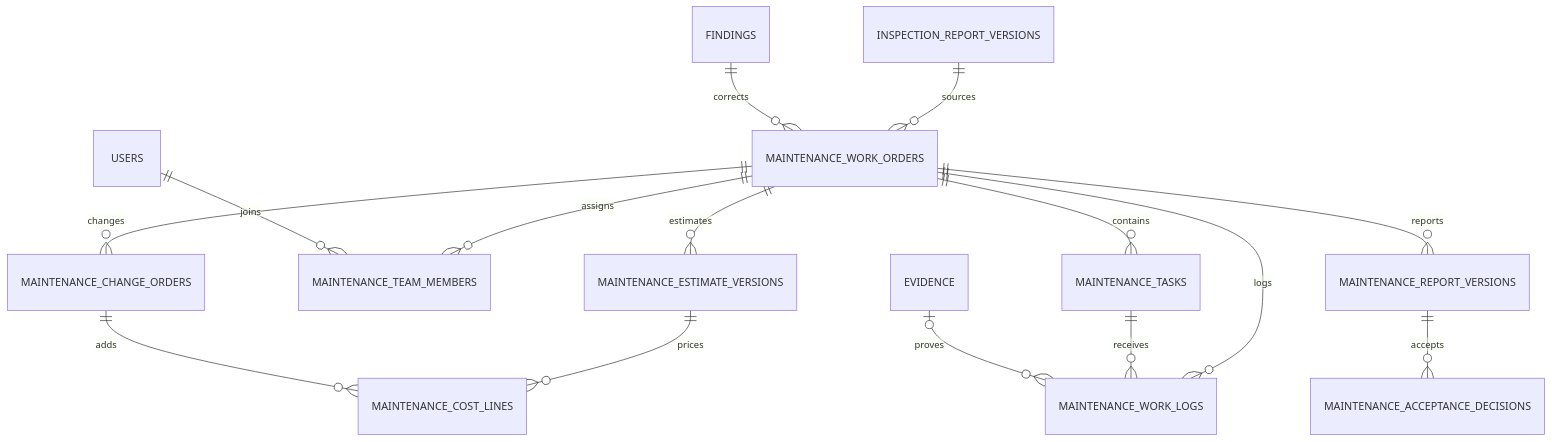
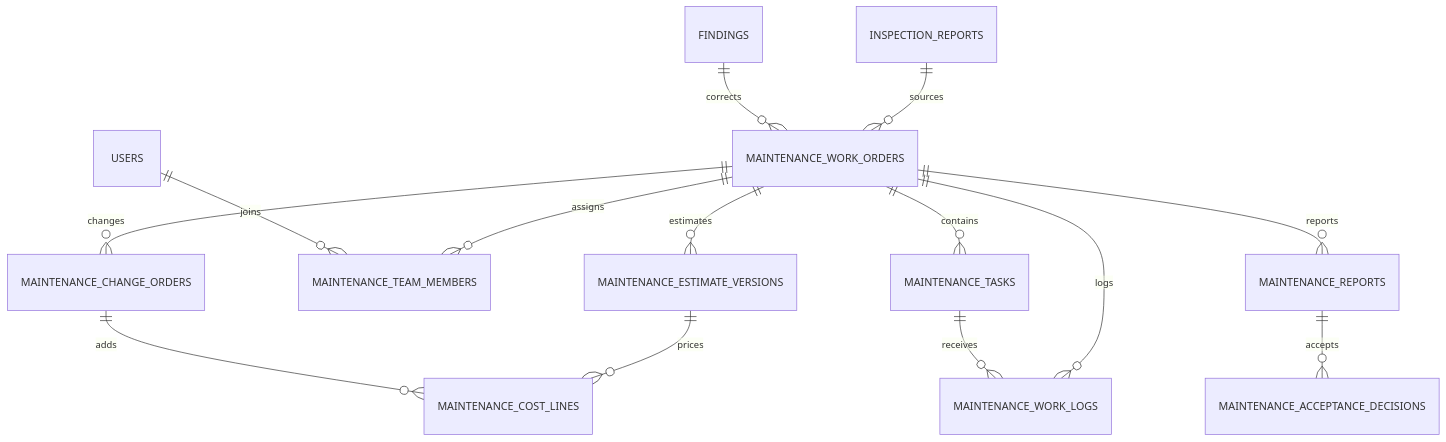
One commit to tungbach12/SmartDroneInspection-Docs changed the third of 3 diagrams in project-reference/database-design.md. Above: the diagram before and after it, drawn with Mermaid. The commit also changed other lines of this file and 3 other files, not shown here.

First line of the commit message:
docs(database): update mf3 tables schema to 13-15-13 columns (#64)

````diff
--- a/project-reference/database-design.md
+++ b/project-reference/database-design.md
@@ -150,17 +145,16 @@
 ```mermaid
 erDiagram
-    INSPECTION_REPORT_VERSIONS ||--o{ MAINTENANCE_WORK_ORDERS : sources
+    INSPECTION_REPORTS ||--o{ MAINTENANCE_WORK_ORDERS : sources
     FINDINGS ||--o{ MAINTENANCE_WORK_ORDERS : corrects
     MAINTENANCE_WORK_ORDERS ||--o{ MAINTENANCE_TASKS : contains
     MAINTENANCE_WORK_ORDERS ||--o{ MAINTENANCE_TEAM_MEMBERS : assigns
     USERS ||--o{ MAINTENANCE_TEAM_MEMBERS : joins
     MAINTENANCE_WORK_ORDERS ||--o{ MAINTENANCE_ESTIMATE_VERSIONS : estimates
     MAINTENANCE_ESTIMATE_VERSIONS ||--o{ MAINTENANCE_COST_LINES : prices
     MAINTENANCE_WORK_ORDERS ||--o{ MAINTENANCE_CHANGE_ORDERS : changes
     MAINTENANCE_CHANGE_ORDERS ||--o{ MAINTENANCE_COST_LINES : adds
     MAINTENANCE_WORK_ORDERS ||--o{ MAINTENANCE_WORK_LOGS : logs
     MAINTENANCE_TASKS ||--o{ MAINTENANCE_WORK_LOGS : receives
-    MAINTENANCE_WORK_ORDERS ||--o{ MAINTENANCE_REPORT_VERSIONS : reports
-    MAINTENANCE_REPORT_VERSIONS ||--o{ MAINTENANCE_ACCEPTANCE_DECISIONS : accepts
-    EVIDENCE o|--o{ MAINTENANCE_WORK_LOGS : proves
+    MAINTENANCE_WORK_ORDERS ||--o{ MAINTENANCE_REPORTS : reports
+    MAINTENANCE_REPORTS ||--o{ MAINTENANCE_ACCEPTANCE_DECISIONS : accepts
 ```
````
